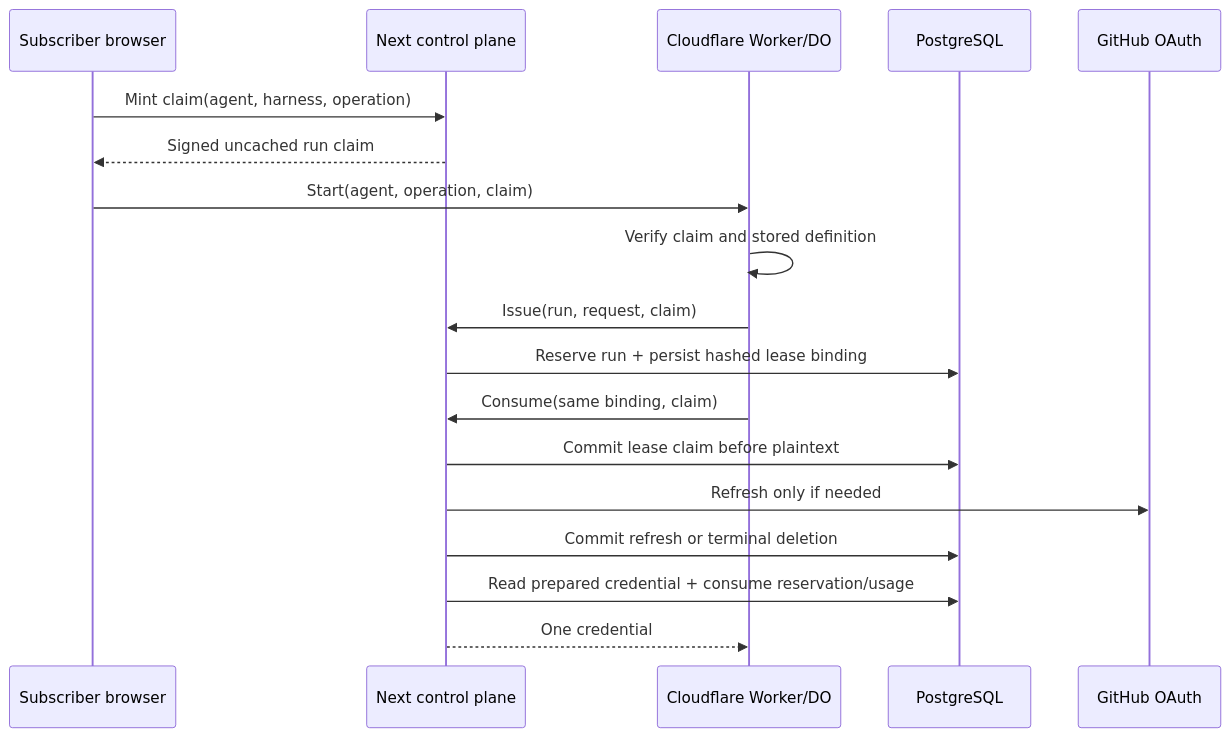
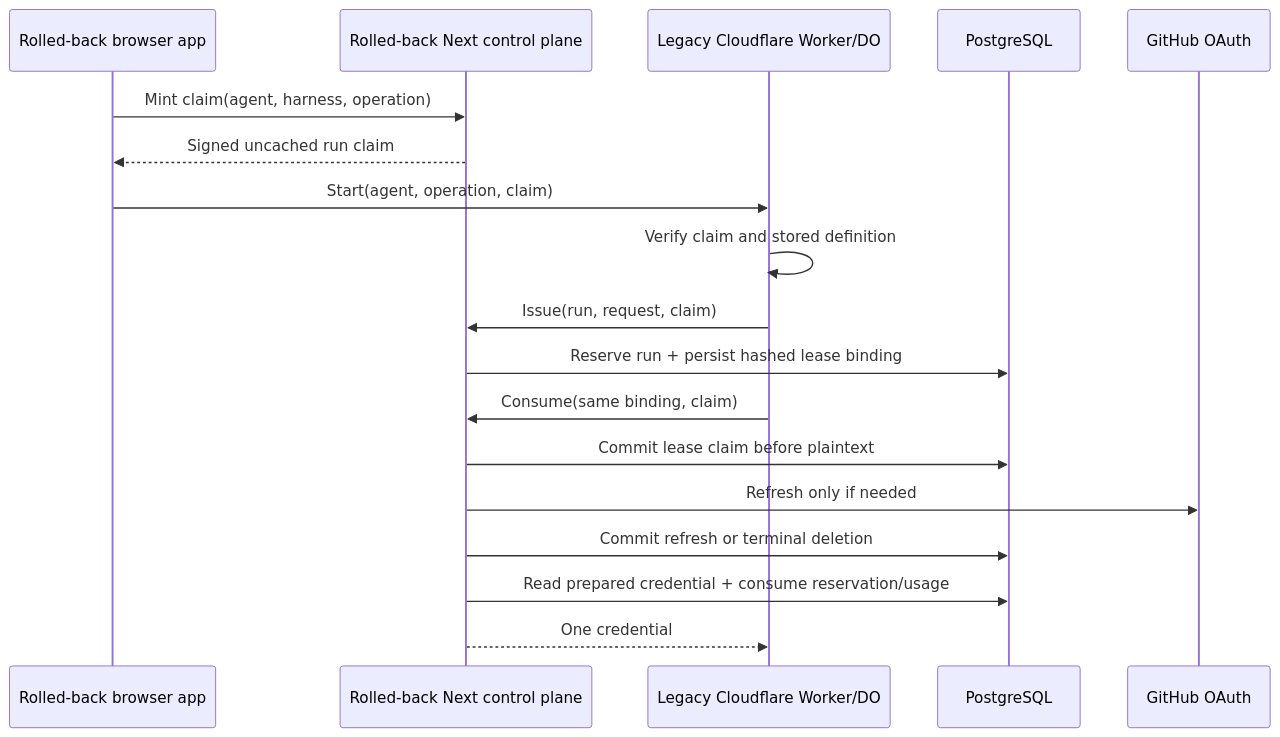
Before and after one commit to OpenCoven/coven-agents: the diagram in docs/security/execution-threat-model.md, drawn with Mermaid. The commit also changed other lines of this file and 3 other files, not shown here.

````diff
--- a/docs/security/execution-threat-model.md
+++ b/docs/security/execution-threat-model.md
@@ -181,21 +168,21 @@
 ```mermaid
 sequenceDiagram
-  participant UI as Subscriber browser
-  participant App as Next control plane
-  participant Worker as Cloudflare Worker/DO
+  participant UI as Rolled-back browser app
+  participant App as Rolled-back Next control plane
+  participant Worker as Legacy Cloudflare Worker/DO
   participant DB as PostgreSQL
   participant OAuth as GitHub OAuth
 
   UI->>App: Mint claim(agent, harness, operation)
   App-->>UI: Signed uncached run claim
   UI->>Worker: Start(agent, operation, claim)
   Worker->>Worker: Verify claim and stored definition
   Worker->>App: Issue(run, request, claim)
   App->>DB: Reserve run + persist hashed lease binding
   Worker->>App: Consume(same binding, claim)
   App->>DB: Commit lease claim before plaintext
   App->>OAuth: Refresh only if needed
   App->>DB: Commit refresh or terminal deletion
   App->>DB: Read prepared credential + consume reservation/usage
   App-->>Worker: One credential
 ```
````
